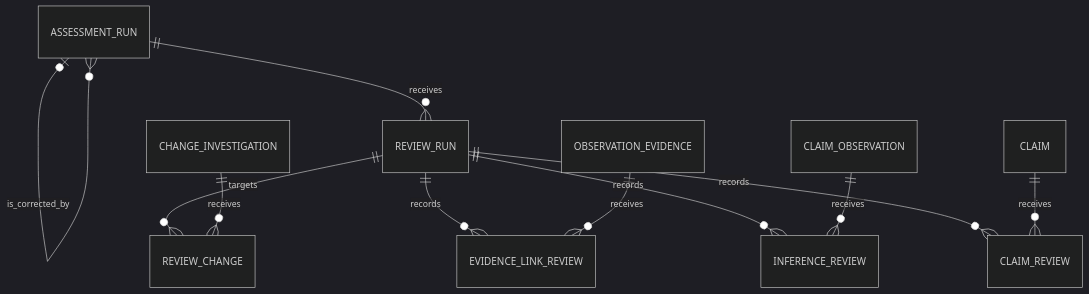
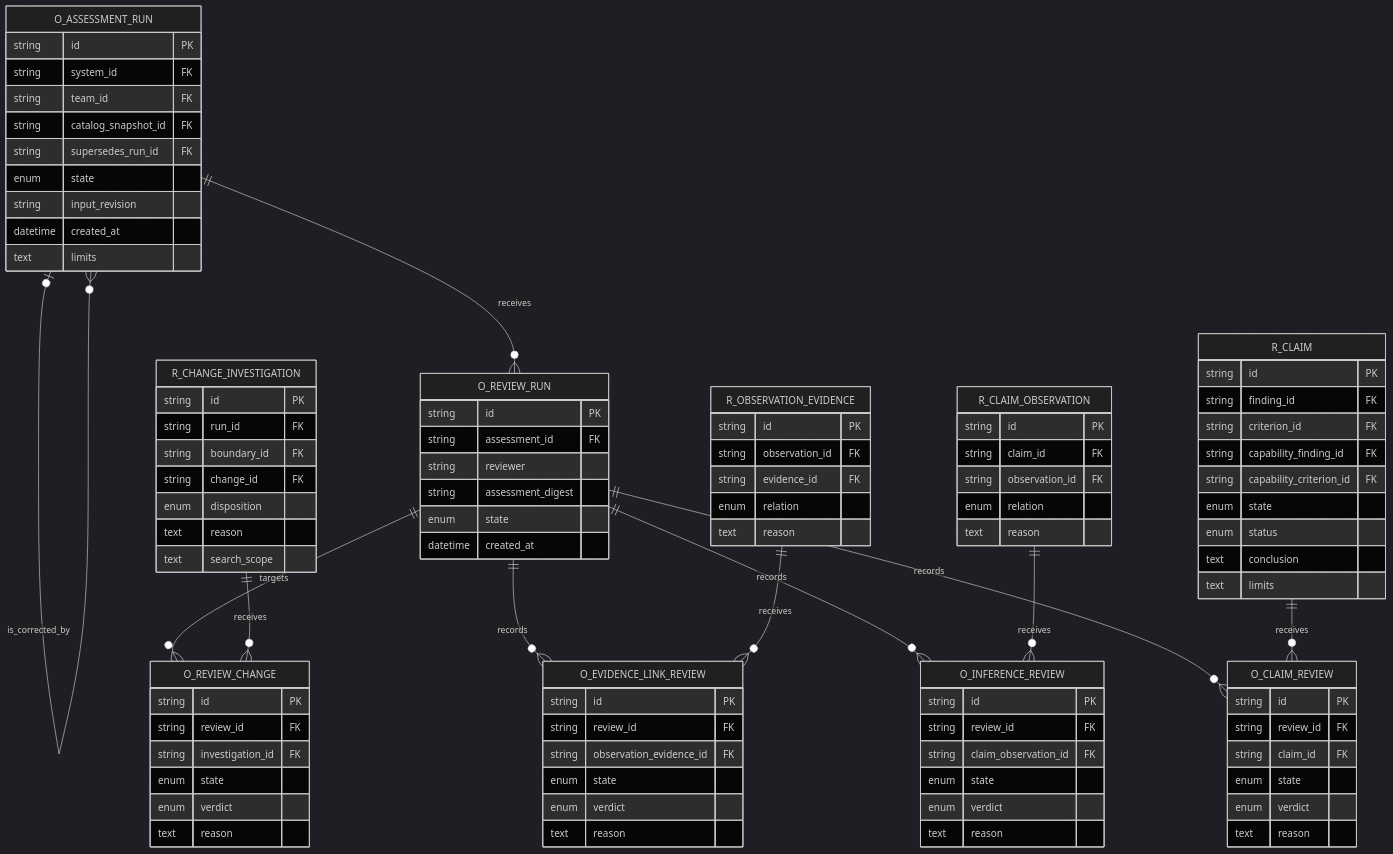
Before and after one commit to thaen/software-maturity-model: the fourth of 5 diagrams in DATA-MODEL.md, drawn with Mermaid (dark theme). The commit also changed other lines of this file and 26 other files, not shown here.

````diff
--- a/DATA-MODEL.md
+++ b/DATA-MODEL.md
@@ -178,13 +586,98 @@
 ```mermaid
 erDiagram
-    ASSESSMENT_RUN o|--o{ ASSESSMENT_RUN : is_corrected_by
-    ASSESSMENT_RUN ||--o{ REVIEW_RUN : receives
-    REVIEW_RUN ||--o{ REVIEW_CHANGE : targets
-    CHANGE_INVESTIGATION ||--o{ REVIEW_CHANGE : receives
-    REVIEW_RUN ||--o{ EVIDENCE_LINK_REVIEW : records
-    OBSERVATION_EVIDENCE ||--o{ EVIDENCE_LINK_REVIEW : receives
-    REVIEW_RUN ||--o{ INFERENCE_REVIEW : records
-    CLAIM_OBSERVATION ||--o{ INFERENCE_REVIEW : receives
-    REVIEW_RUN ||--o{ CLAIM_REVIEW : records
-    CLAIM ||--o{ CLAIM_REVIEW : receives
+    O_ASSESSMENT_RUN {
+        string id PK
+        string system_id FK
+        string team_id FK
+        string catalog_snapshot_id FK
+        string supersedes_run_id FK
+        enum state
+        string input_revision
+        datetime created_at
+        text limits
+    }
+    O_REVIEW_RUN {
+        string id PK
+        string assessment_id FK
+        string reviewer
+        string assessment_digest
+        enum state
+        datetime created_at
+    }
+    R_CHANGE_INVESTIGATION {
+        string id PK
+        string run_id FK
+        string boundary_id FK
+        string change_id FK
+        enum disposition
+        text reason
+        text search_scope
+    }
+    R_OBSERVATION_EVIDENCE {
+        string id PK
+        string observation_id FK
+        string evidence_id FK
+        enum relation
+        text reason
+    }
+    R_CLAIM_OBSERVATION {
+        string id PK
+        string claim_id FK
+        string observation_id FK
+        enum relation
+        text reason
+    }
+    R_CLAIM {
+        string id PK
+        string finding_id FK
+        string criterion_id FK
+        string capability_finding_id FK
+        string capability_criterion_id FK
+        enum state
+        enum status
+        text conclusion
+        text limits
+    }
+    O_REVIEW_CHANGE {
+        string id PK
+        string review_id FK
+        string investigation_id FK
+        enum state
+        enum verdict
+        text reason
+    }
+    O_EVIDENCE_LINK_REVIEW {
+        string id PK
+        string review_id FK
+        string observation_evidence_id FK
+        enum state
+        enum verdict
+        text reason
+    }
+    O_INFERENCE_REVIEW {
+        string id PK
+        string review_id FK
+        string claim_observation_id FK
+        enum state
+        enum verdict
+        text reason
+    }
+    O_CLAIM_REVIEW {
+        string id PK
+        string review_id FK
+        string claim_id FK
+        enum state
+        enum verdict
+        text reason
+    }
+    O_ASSESSMENT_RUN o|--o{ O_ASSESSMENT_RUN : is_corrected_by
+    O_ASSESSMENT_RUN ||--o{ O_REVIEW_RUN : receives
+    O_REVIEW_RUN ||--o{ O_REVIEW_CHANGE : targets
+    R_CHANGE_INVESTIGATION ||--o{ O_REVIEW_CHANGE : receives
+    O_REVIEW_RUN ||--o{ O_EVIDENCE_LINK_REVIEW : records
+    R_OBSERVATION_EVIDENCE ||--o{ O_EVIDENCE_LINK_REVIEW : receives
+    O_REVIEW_RUN ||--o{ O_INFERENCE_REVIEW : records
+    R_CLAIM_OBSERVATION ||--o{ O_INFERENCE_REVIEW : receives
+    O_REVIEW_RUN ||--o{ O_CLAIM_REVIEW : records
+    R_CLAIM ||--o{ O_CLAIM_REVIEW : receives
 ```
````
